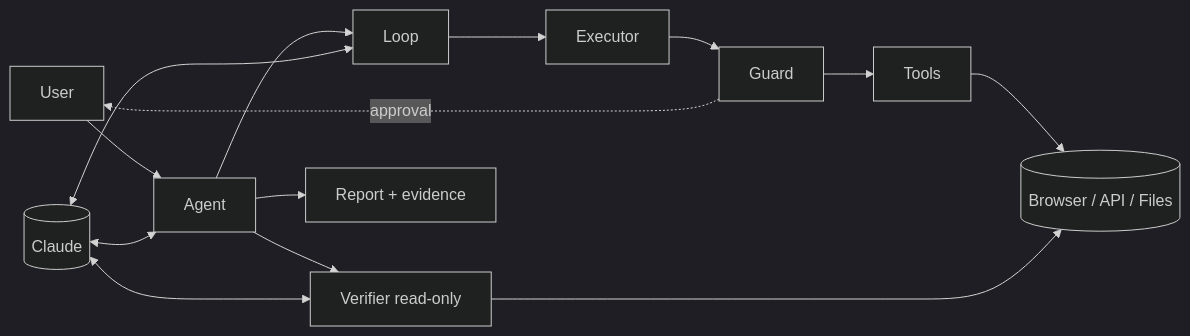
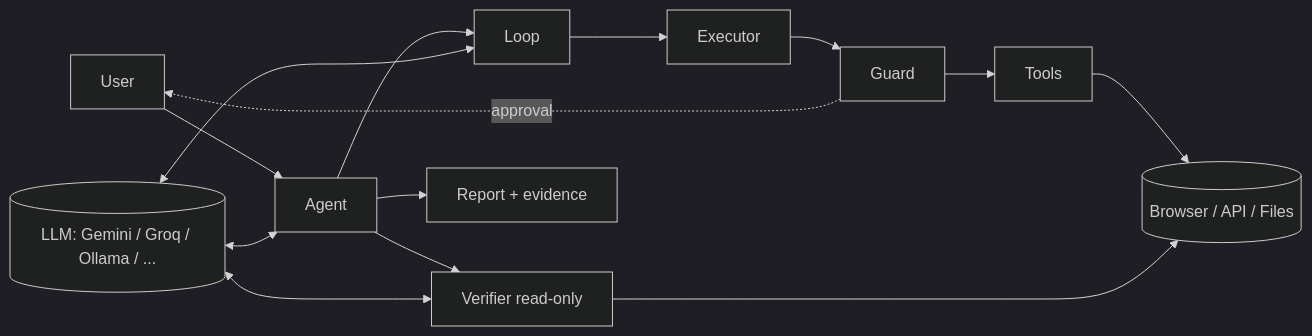
One commit to unmilan17/ai-task-worker changed the diagram in README.md. Above: the diagram before and after it, drawn with Mermaid (dark theme). The commit also changed other lines of this file and 21 other files, not shown here.

First line of the commit message:
Run on free-tier LLM APIs (Gemini by default)

````diff
--- a/README.md
+++ b/README.md
@@ -116,10 +134,10 @@
 ```mermaid
 flowchart LR
     U[User] --> A[Agent] --> L[Loop] --> X[Executor] --> G[Guard] --> T[Tools] --> S[(Browser / API / Files)]
     G -. approval .-> U
     A --> V[Verifier read-only] --> S
     A --> R[Report + evidence]
-    LLM[(Claude)] <--> A
+    LLM[(LLM: Gemini / Groq / Ollama / ...)] <--> A
     LLM <--> L
     LLM <--> V
 ```
````
